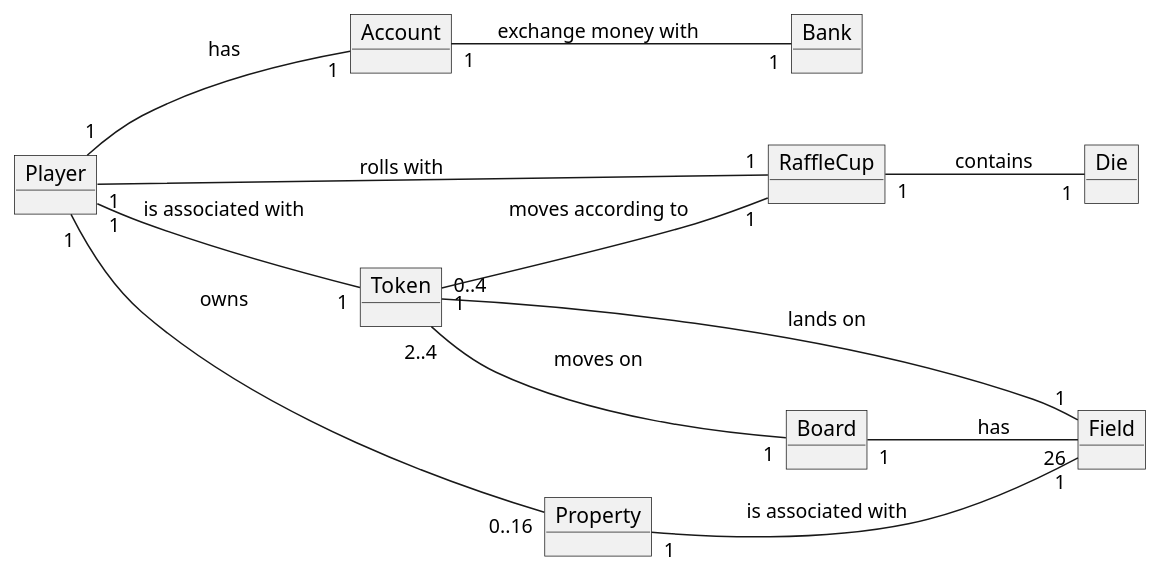
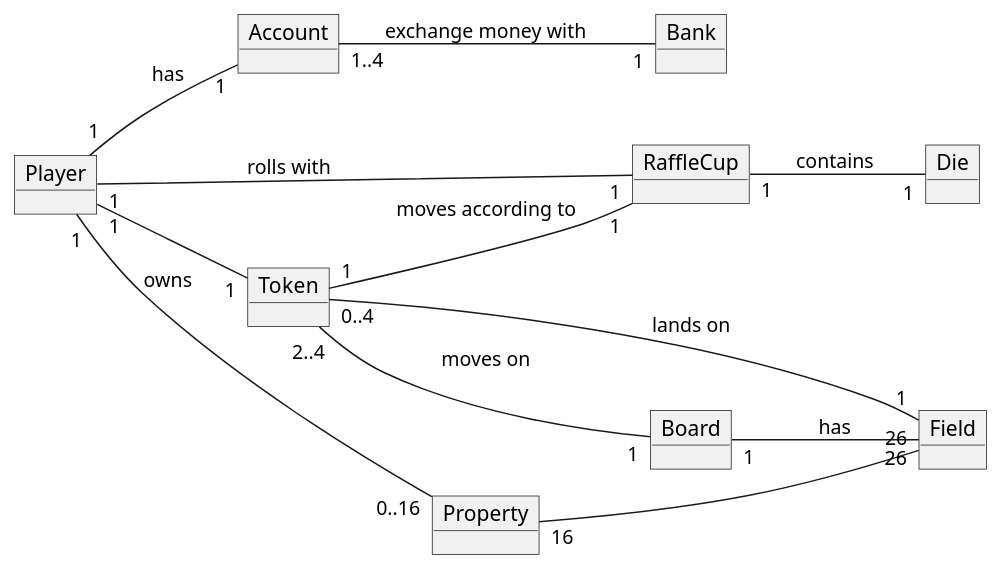
One commit to DTU-CDIO18/G18-CDIO3 changed the diagram in documentation/Diagrams/Domain_Model.wsd. Above: the diagram before and after it, drawn with PlantUML. The commit also changed 3 other files, not shown here.

Commit message:
Made small tweak to diagrams

```diff
--- a/documentation/Diagrams/Domain_Model.wsd
+++ b/documentation/Diagrams/Domain_Model.wsd
@@ -1,28 +1,28 @@
 @startuml Domain_Model
 
 left to right direction
 
 object Account
 object RaffleCup
 object Die
 object Bank
 object Player
 object Field
 object Board
 object Token
 object Property
 
-Player"1"--"1"Token: "is associated with"
+Player"1"--"1"Token
 Player"1"--"1"Account: "has"
 Player"1" -- "1"RaffleCup: "rolls with"
 Player "1"-- "0..16"Property: "owns"
-Property "1"-- "1"Field: "is associated with"
+Property "16"-- "26"Field
 RaffleCup"1"-- "1"Die: "contains"
 Board "1"--"26" Field: "has"
 Token "2..4"--"1" Board: "moves on"
 Token"0..4" -- "1"Field: "lands on"
-Account"1"--"1" Bank: "exchange money with"
+Account"1..4"--"1" Bank: "exchange money with"
 Token"1" -- "1"RaffleCup: "moves according to"
 
 
 @enduml
```
